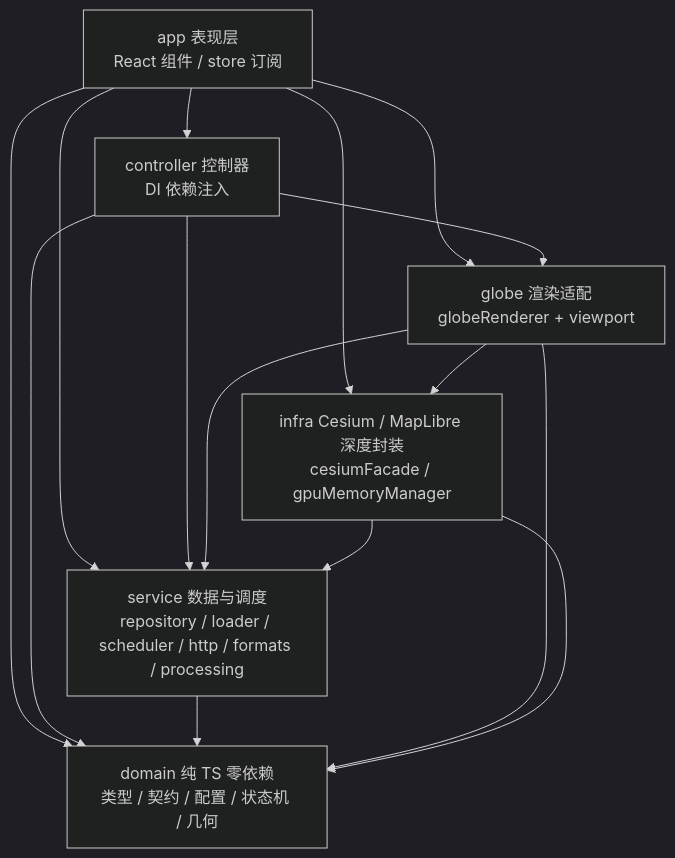
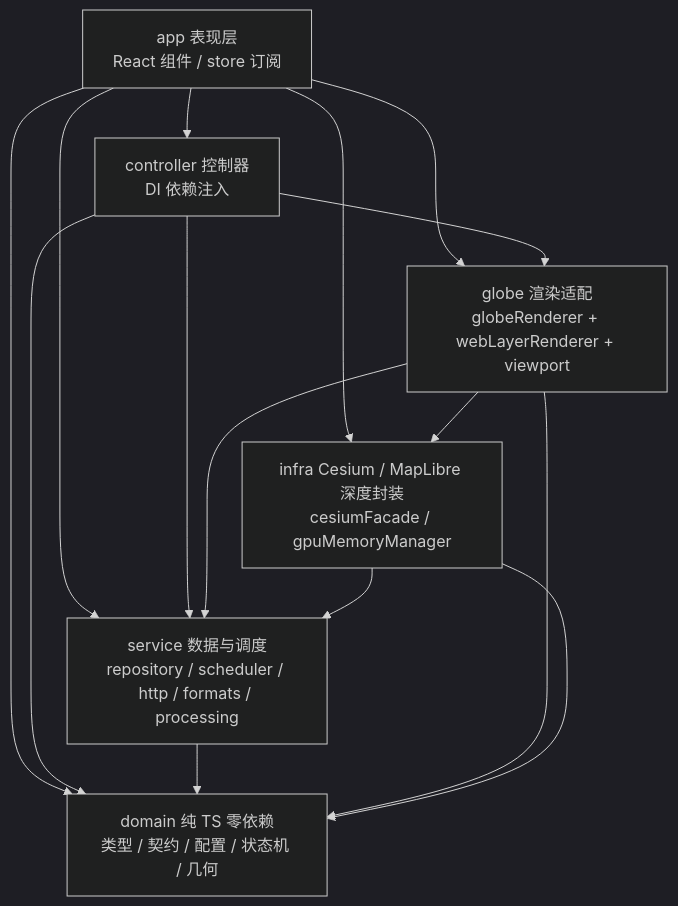
Before and after one commit to gis2all/earth-viewer: the diagram in README.md, drawn with Mermaid (dark theme). The commit also changed other lines of this file and 1 other file, not shown here.

Commit message:
docs: drop LayerAdapter and loader roadmap references

````diff
--- a/README.md
+++ b/README.md
@@ -70,24 +70,24 @@
 ```mermaid
 flowchart TD
     App[app 表现层<br/>React 组件 / store 订阅]
     Ctrl[controller 控制器<br/>DI 依赖注入]
-    Svc[service 数据与调度<br/>repository / loader / scheduler / http / formats / processing]
+    Svc[service 数据与调度<br/>repository / scheduler / http / formats / processing]
     Dom[domain 纯 TS 零依赖<br/>类型 / 契约 / 配置 / 状态机 / 几何]
-    Globe[globe 渲染适配<br/>globeRenderer + viewport]
+    Globe[globe 渲染适配<br/>globeRenderer + webLayerRenderer + viewport]
     Infra[infra Cesium / MapLibre 深度封装<br/>cesiumFacade / gpuMemoryManager]
 
     App --> Ctrl
     App --> Svc
     App --> Globe
     App --> Infra
     App --> Dom
     Ctrl --> Svc
     Ctrl --> Dom
     Ctrl --> Globe
     Svc --> Dom
     Globe --> Svc
     Globe --> Infra
     Globe --> Dom
     Infra --> Svc
     Infra --> Dom
 ```
````
